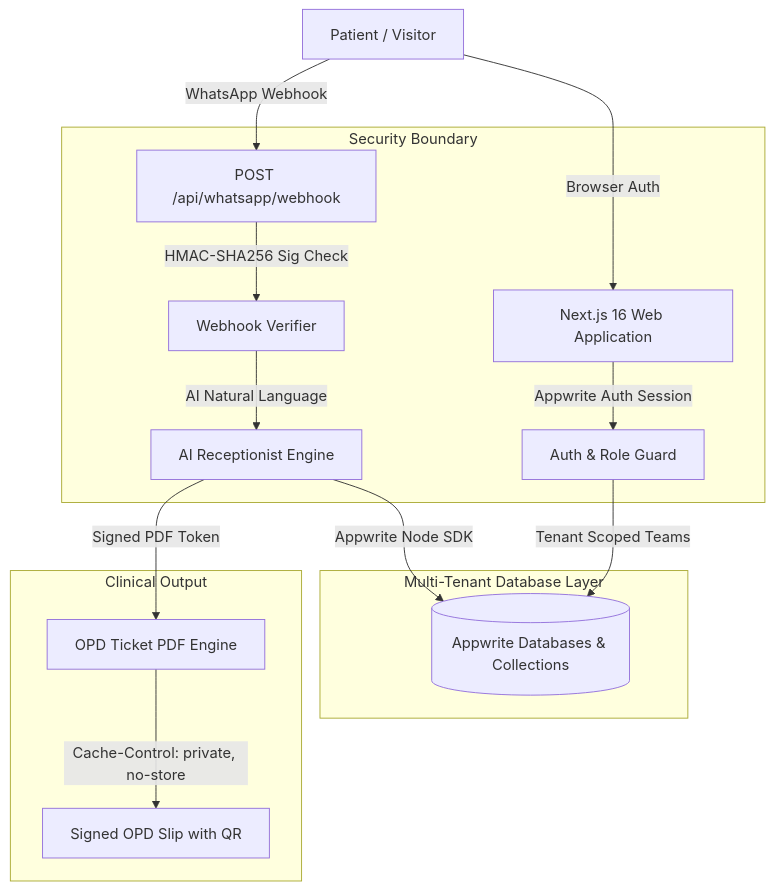
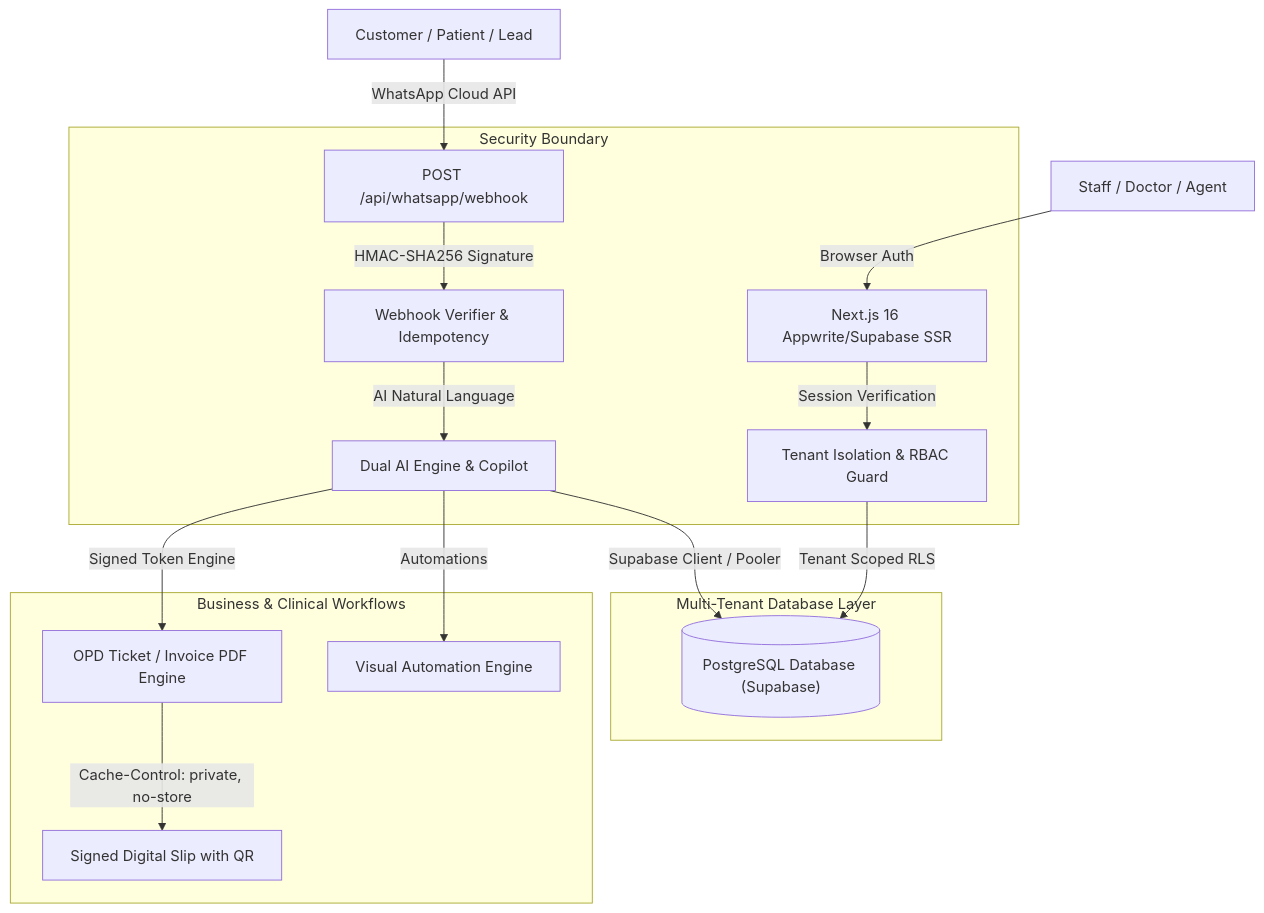
One commit to imsusanta/helpa changed the diagram in README.md. Above: the diagram before and after it, drawn with Mermaid. The commit also changed other lines of this file and 105 other files, not shown here.

Commit message:
feat: complete comprehensive 10/10 production readiness, identity normalization, zero-warning linting, architecture docs, and security CI hardening

````diff
--- a/README.md
+++ b/README.md
@@ -20,21 +22,22 @@
 ```mermaid
 graph TD
-    User["Patient / Visitor"] -->|WhatsApp Webhook| Webhook["POST /api/whatsapp/webhook"]
-    User -->|Browser Auth| WebApp["Next.js 16 Web Application"]
+    Client["Customer / Patient / Lead"] -->|WhatsApp Cloud API| Webhook["POST /api/whatsapp/webhook"]
+    User["Staff / Doctor / Agent"] -->|Browser Auth| WebApp["Next.js 16 Appwrite/Supabase SSR"]
 
     subgraph Security Boundary
-        Webhook -->|HMAC-SHA256 Sig Check| WebhookVerifier["Webhook Verifier"]
-        WebhookVerifier -->|AI Natural Language| Receptionist["AI Receptionist Engine"]
-        WebApp -->|Appwrite Auth Session| Guard["Auth & Role Guard"]
+        Webhook -->|HMAC-SHA256 Signature| WebhookVerifier["Webhook Verifier & Idempotency"]
+        WebhookVerifier -->|AI Natural Language| Receptionist["Dual AI Engine & Copilot"]
+        WebApp -->|Session Verification| Guard["Tenant Isolation & RBAC Guard"]
     end
 
     subgraph Multi-Tenant Database Layer
-        Receptionist -->|Appwrite Node SDK| DB[("Appwrite Databases & Collections")]
-        Guard -->|Tenant Scoped Teams| DB
+        Receptionist -->|Supabase Client / Pooler| DB[("PostgreSQL Database (Supabase)")]
+        Guard -->|Tenant Scoped RLS| DB
     end
 
-    subgraph Clinical Output
-        Receptionist -->|Signed PDF Token| OPD["OPD Ticket PDF Engine"]
-        OPD -->|Cache-Control: private, no-store| PDF["Signed OPD Slip with QR"]
+    subgraph Business & Clinical Workflows
+        Receptionist -->|Signed Token Engine| OPD["OPD Ticket / Invoice PDF Engine"]
+        Receptionist -->|Automations| Flows["Visual Automation Engine"]
+        OPD -->|Cache-Control: private, no-store| PDF["Signed Digital Slip with QR"]
     end
 ```
````
